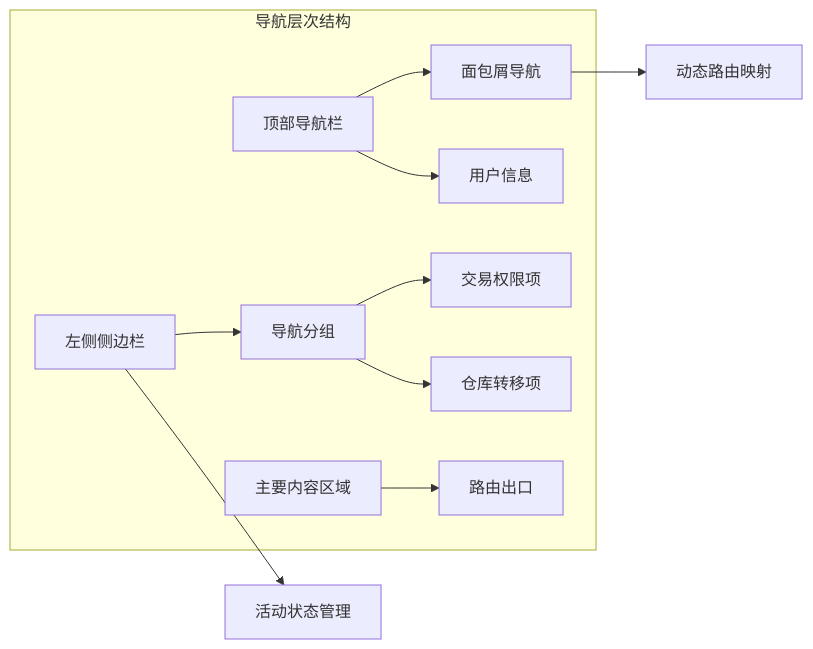
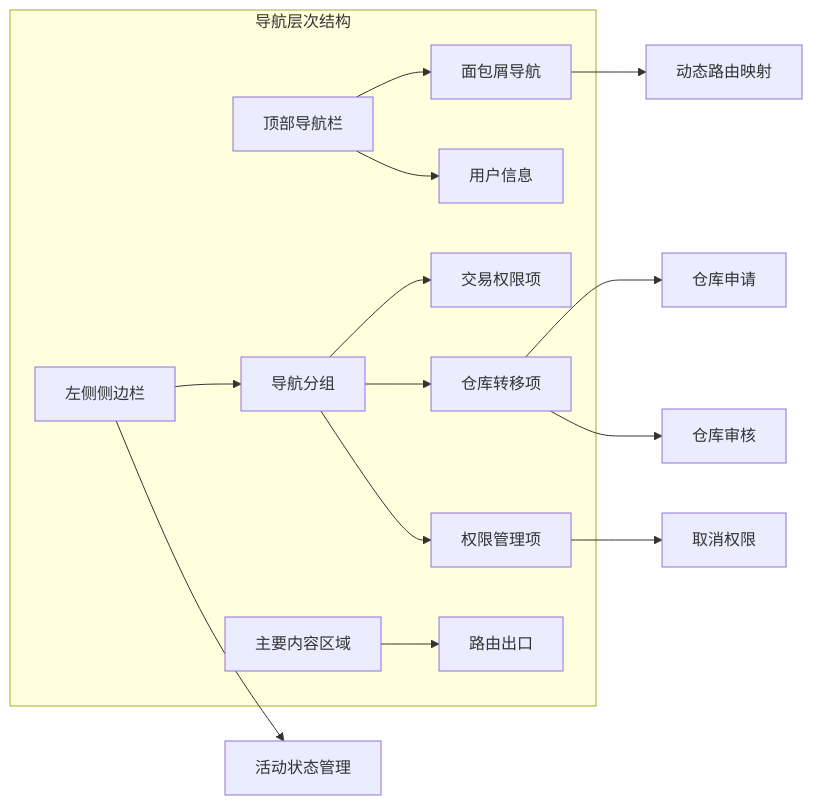
The third of 13 diagrams in .qoder/repowiki/zh/content/路由和导航系统/路由和导航系统.md (chinak/permission_apply), drawn with Mermaid before and after one commit. The commit also changed other lines of this file and 94 other files, not shown here.

````diff
--- a/.qoder/repowiki/zh/content/路由和导航系统/路由和导航系统.md
+++ b/.qoder/repowiki/zh/content/路由和导航系统/路由和导航系统.md
@@ -108,13 +144,17 @@
 ```mermaid
 graph LR
 subgraph "导航层次结构"
 TopHeader[顶部导航栏] --> BreadCrumb[面包屑导航]
 TopHeader --> UserInfo[用户信息]
 SideBar[左侧侧边栏] --> NavGroups[导航分组]
 NavGroups --> TradeItems[交易权限项]
 NavGroups --> WarehouseItems[仓库转移项]
+NavGroups --> PermissionItems[权限管理项]
 MainContent[主要内容区域] --> Outlet[路由出口]
 end
 BreadCrumb --> DynamicRoutes[动态路由映射]
 SideBar --> ActiveState[活动状态管理]
+WarehouseItems --> WH_Apply[仓库申请]
+WarehouseItems --> WH_Audit[仓库审核]
+PermissionItems --> CP_Cancel[取消权限]
 ```
````
